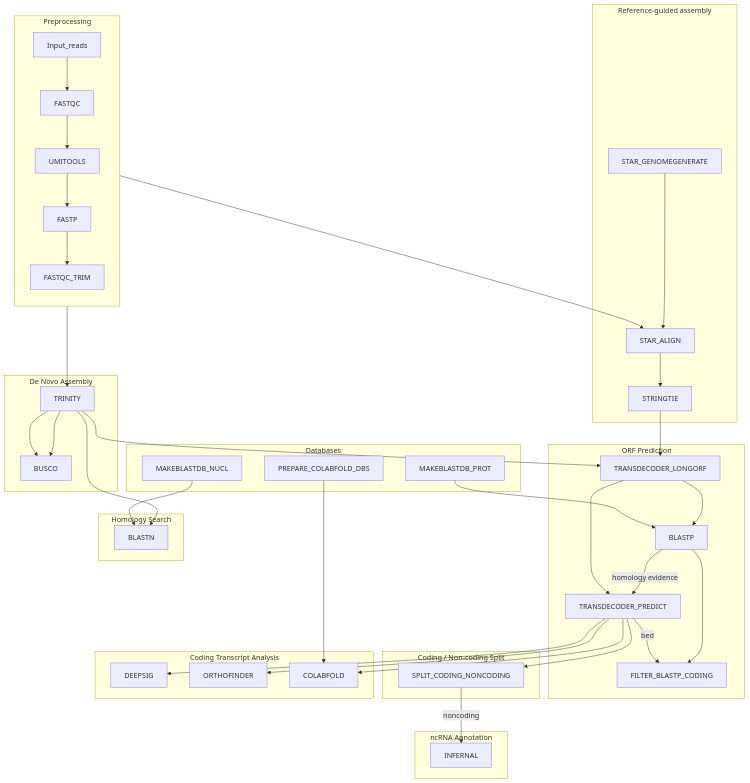
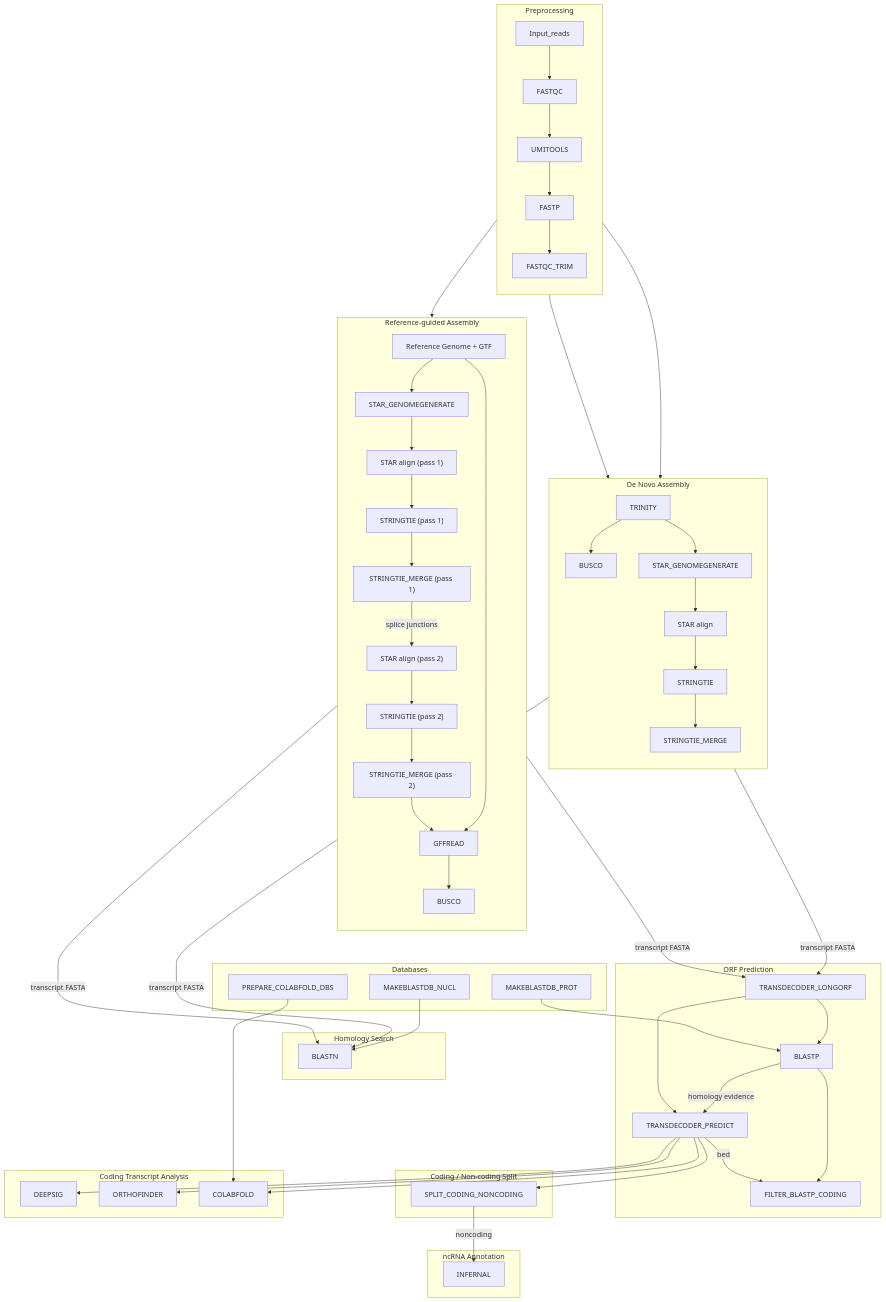
One commit to EPegueroS/transcriptassembler changed the diagram in README.md. Above: the diagram before and after it, drawn with Mermaid. The commit also changed 14 other files, not shown here.

Commit message:
updated free and reference-based assembly logic

````diff
--- a/README.md
+++ b/README.md
@@ -22,14 +22,46 @@
 ```mermaid
 graph TD;
+
     subgraph PRE["Preprocessing"]
         direction TB
         Input_reads --> FASTQC --> UMITOOLS --> FASTP --> FASTQC_TRIM
     end
 
-    subgraph DENOVOASSEMBLY["De Novo Assembly"]
+    subgraph GUIDED["Reference-guided Assembly"]
+        direction TB
+        GENOME["Reference Genome + GTF"]
+        STAR_GG[STAR_GENOMEGENERATE]
+        STAR1["STAR align (pass 1)"]
+        ST1["STRINGTIE (pass 1)"]
+        STM1["STRINGTIE_MERGE (pass 1)"]
+        STAR2["STAR align (pass 2)"]
+        ST2["STRINGTIE (pass 2)"]
+        STM2["STRINGTIE_MERGE (pass 2)"]
+        GFFREAD
+        BUSCO_G[BUSCO]
+
+        GENOME --> STAR_GG --> STAR1 --> ST1 --> STM1
+        STM1 -->|splice junctions| STAR2
+        STAR2 --> ST2 --> STM2 --> GFFREAD
+        GENOME --> GFFREAD
+        GFFREAD --> BUSCO_G
+    end
+
+    subgraph DENOVO["De Novo Assembly"]
+        direction TB
         TRINITY
-        BUSCO
-        TRINITY --> BUSCO
+        BUSCO_DN[BUSCO]
+        STAR_GG_DN[STAR_GENOMEGENERATE]
+        STAR_DN["STAR align"]
+        ST_DN[STRINGTIE]
+        STM_DN[STRINGTIE_MERGE]
+
+        TRINITY --> BUSCO_DN
+        TRINITY --> STAR_GG_DN --> STAR_DN --> ST_DN --> STM_DN
+    end
+
+    subgraph HOMOLOGY["Homology Search"]
+        BLASTN
     end
 
     subgraph ORF["ORF Prediction"]
@@ -54,39 +86,33 @@
         COLABFOLD
     end
 
-    subgraph HOMOLOGY["Homology Search"]
-        BLASTN
-    end
-
-    subgraph GUIDED_ASSEMBLY["Reference-guided assembly"]
-        STAR_GENOMEGENERATE --> STAR_ALIGN
-        STAR_ALIGN --> STRINGTIE
-        STRINGTIE --> TRANSDECODER_LONGORF
-    end
-
     subgraph DBS["Databases"]
         MAKEBLASTDB_PROT
         MAKEBLASTDB_NUCL
         PREPARE_COLABFOLD_DBS
     end
 
-    %% Cross-subgraph edges
-    FASTQC_TRIM --> TRINITY
-    FASTP --> STAR_ALIGN
+    %% Preprocessing to assembly
+    FASTP --> STAR1
+    FASTP --> TRINITY
+    FASTP --> STAR_DN
 
-    TRINITY --> TRANSDECODER_LONGORF
-    TRINITY --> BUSCO
-    TRINITY --> BLASTN
+    %% Assembly outputs to shared downstream
+    GFFREAD -->|transcript FASTA| BLASTN
+    GFFREAD -->|transcript FASTA| TRANSDECODER_LONGORF
+    TRINITY -->|transcript FASTA| BLASTN
+    TRINITY -->|transcript FASTA| TRANSDECODER_LONGORF
 
+    %% Databases
     MAKEBLASTDB_PROT --> BLASTP
     MAKEBLASTDB_NUCL --> BLASTN
 
+    %% ORF to downstream
     TRANSDECODER_PREDICT --> SPLIT_CODING_NONCODING
     TRANSDECODER_PREDICT --> DEEPSIG
     TRANSDECODER_PREDICT --> ORTHOFINDER
     TRANSDECODER_PREDICT --> COLABFOLD
 
     SPLIT_CODING_NONCODING -->|noncoding| INFERNAL
-
     PREPARE_COLABFOLD_DBS --> COLABFOLD
 ```
````
